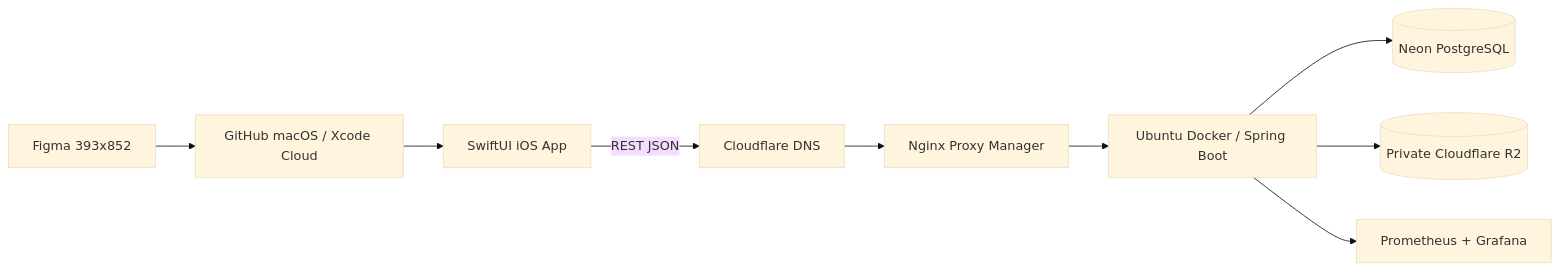
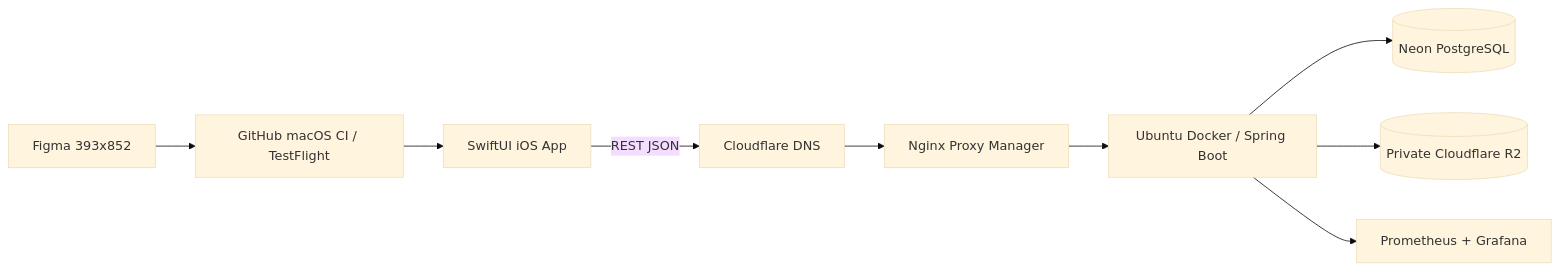
Before and after one commit to kim946509/moneysnap: the diagram in README.md, drawn with Mermaid (base theme). The commit also changed other lines of this file and 14 other files, not shown here.

First line of the commit message:
ci: add GitHub-hosted iOS TestFlight upload lane (#12)

````diff
--- a/README.md
+++ b/README.md
@@ -47,11 +47,11 @@
 ```mermaid
 flowchart LR
     IOS["SwiftUI iOS App"] -->|REST JSON| CF["Cloudflare DNS"]
     CF --> NPM["Nginx Proxy Manager"]
     NPM --> API["Ubuntu Docker / Spring Boot"]
     API --> DB[("Neon PostgreSQL")]
     API --> R2[("Private Cloudflare R2")]
     API --> MON["Prometheus + Grafana"]
-    FIGMA["Figma 393x852"] --> CI["GitHub macOS / Xcode Cloud"]
+    FIGMA["Figma 393x852"] --> CI["GitHub macOS CI / TestFlight"]
     CI --> IOS
 ```
````
